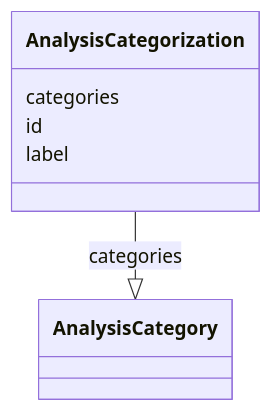
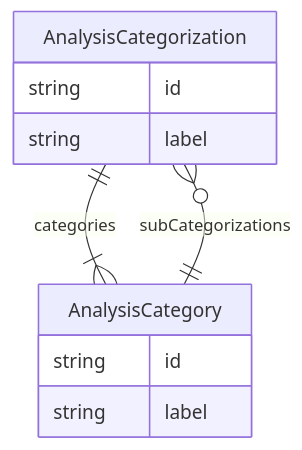
The diagram in project/docs/AnalysisCategorization.md (cdisc-org/analysis-results-standard), drawn with Mermaid before and after one commit. The commit also changed 131 other files, not shown here.

Commit message:
Add top-level diagram to documentation

````diff
--- a/project/docs/AnalysisCategorization.md
+++ b/project/docs/AnalysisCategorization.md
@@ -14,13 +13,15 @@
 ```mermaid
- classDiagram
-    class AnalysisCategorization
-      AnalysisCategorization : categories
-        
-          AnalysisCategorization --|> AnalysisCategory : categories
-        
-      AnalysisCategorization : id
-        
-      AnalysisCategorization : label
-        
-      
+erDiagram
+AnalysisCategorization {
+    string id  
+    string label  
+}
+AnalysisCategory {
+    string id  
+    string label  
+}
+
+AnalysisCategorization ||--}| AnalysisCategory : "categories"
+AnalysisCategory ||--}o AnalysisCategorization : "subCategorizations"
+
 ```
````
